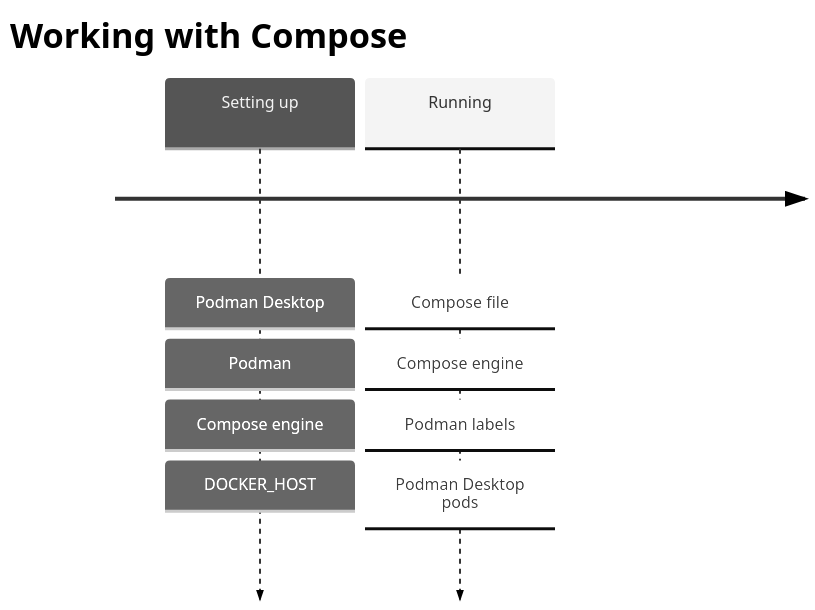
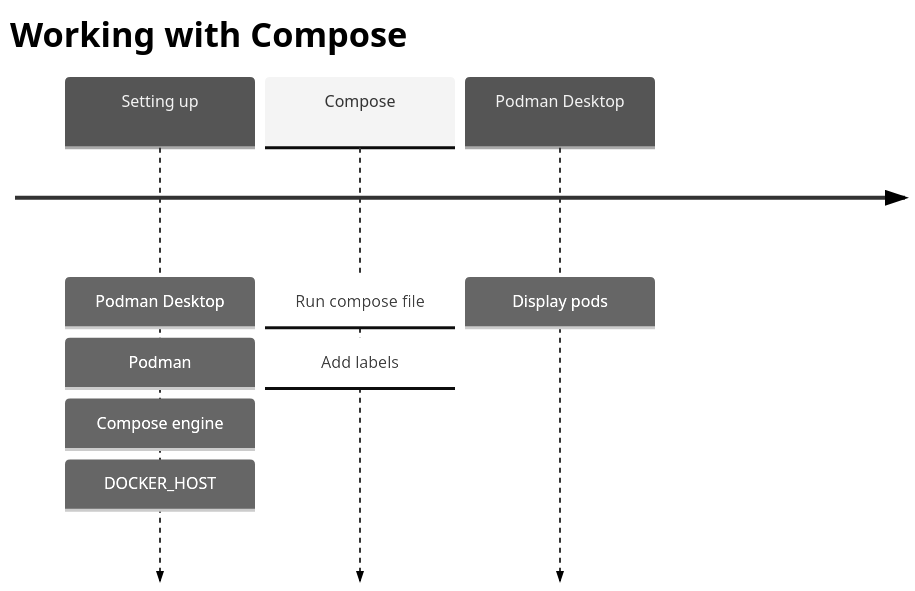
The diagram in website/docs/compose/index.md (containers/podman-desktop), drawn with Mermaid (neutral theme) before and after one commit.

Commit message:
docs:  updated diagram

````diff
--- a/website/docs/compose/index.md
+++ b/website/docs/compose/index.md
@@ -18,13 +18,12 @@
 ```mermaid
 timeline
     title Working with Compose
     Setting up : Podman Desktop
                : Podman
                : Compose engine
                : DOCKER_HOST
-    Running : Compose file
-            : Compose engine
-            : Podman labels
-            : Podman Desktop pods
+    Compose : Run compose file
+            : Add labels
+    Podman Desktop: Display pods
 
 ```
````
